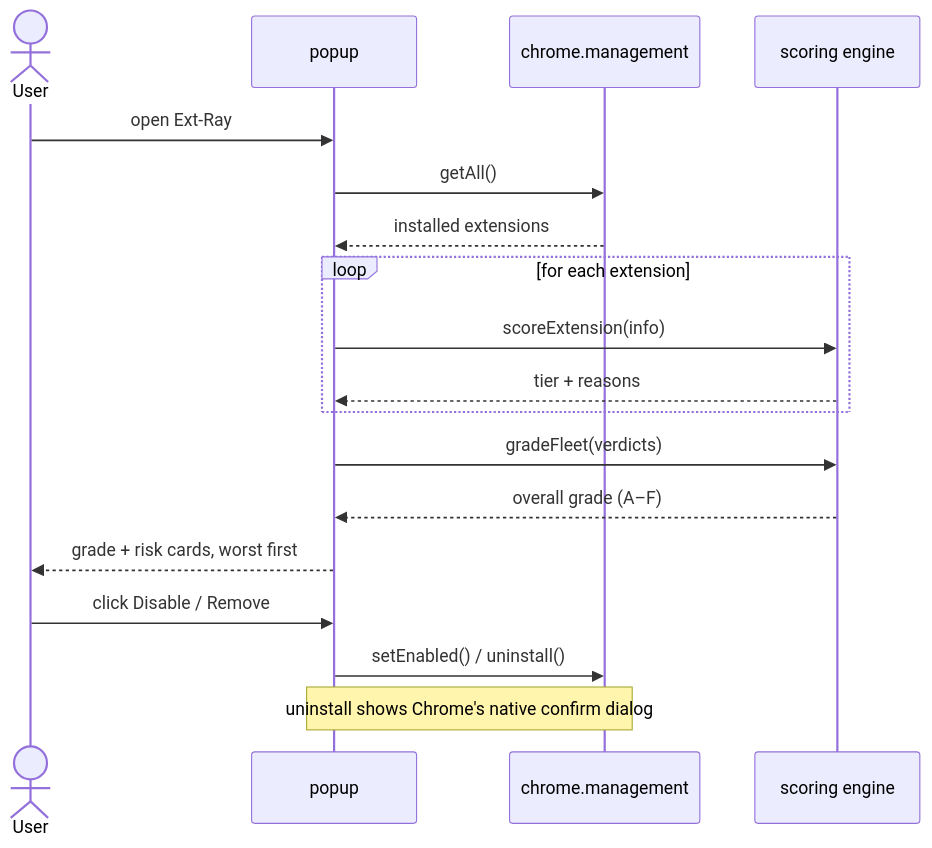
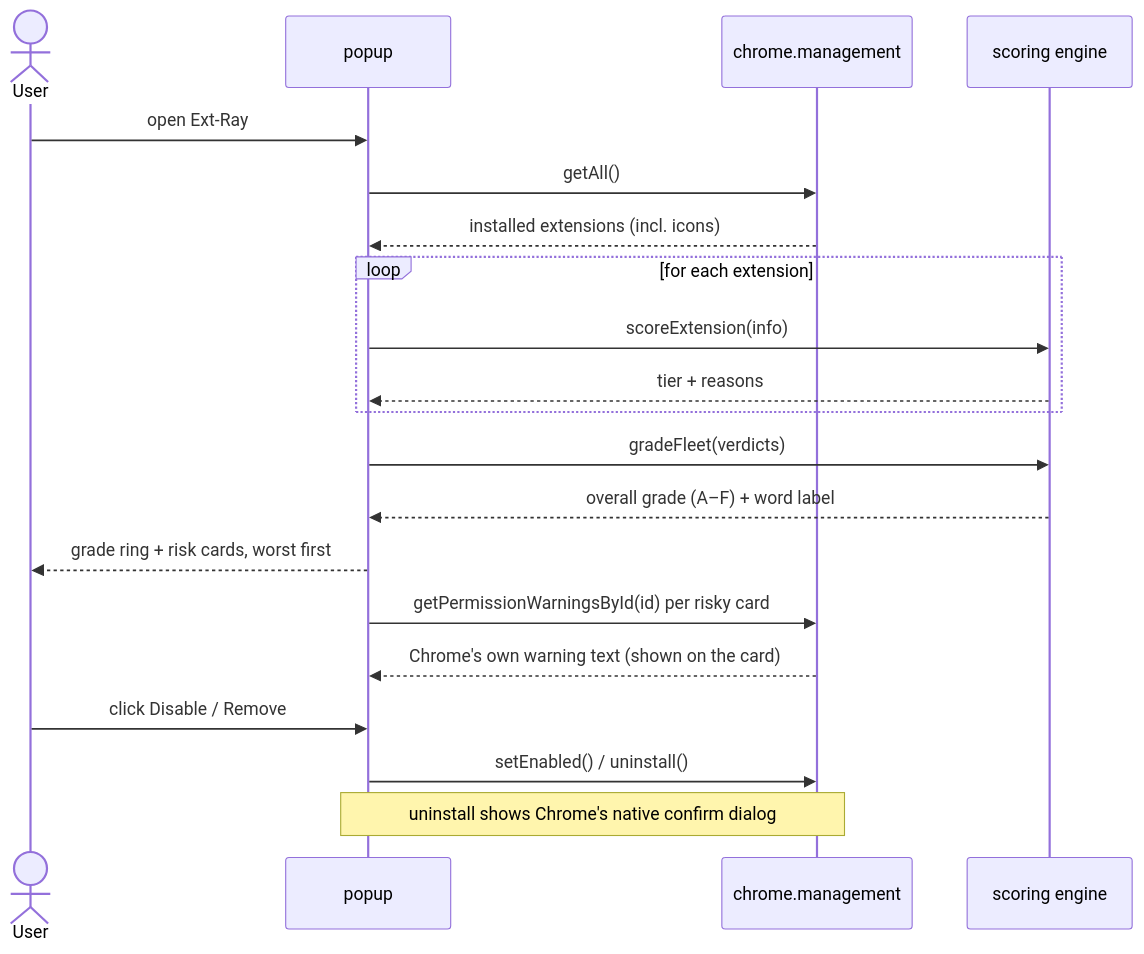
Before and after one commit to junnythemarksman/Ext-Ray: the third of 6 diagrams in README.md, drawn with Mermaid. The commit also changed other lines of this file and 1 other file, not shown here.

````diff
--- a/README.md
+++ b/README.md
@@ -115,21 +123,23 @@
 ```mermaid
 sequenceDiagram
     actor User
     participant Popup as popup
     participant Mgmt as chrome.management
     participant Score as scoring engine
 
     User->>Popup: open Ext-Ray
     Popup->>Mgmt: getAll()
-    Mgmt-->>Popup: installed extensions
+    Mgmt-->>Popup: installed extensions (incl. icons)
     loop for each extension
         Popup->>Score: scoreExtension(info)
         Score-->>Popup: tier + reasons
     end
     Popup->>Score: gradeFleet(verdicts)
-    Score-->>Popup: overall grade (A–F)
-    Popup-->>User: grade + risk cards, worst first
+    Score-->>Popup: overall grade (A–F) + word label
+    Popup-->>User: grade ring + risk cards, worst first
+    Popup->>Mgmt: getPermissionWarningsById(id) per risky card
+    Mgmt-->>Popup: Chrome's own warning text (shown on the card)
     User->>Popup: click Disable / Remove
     Popup->>Mgmt: setEnabled() / uninstall()
     Note over Popup,Mgmt: uninstall shows Chrome's native confirm dialog
 ```
````
